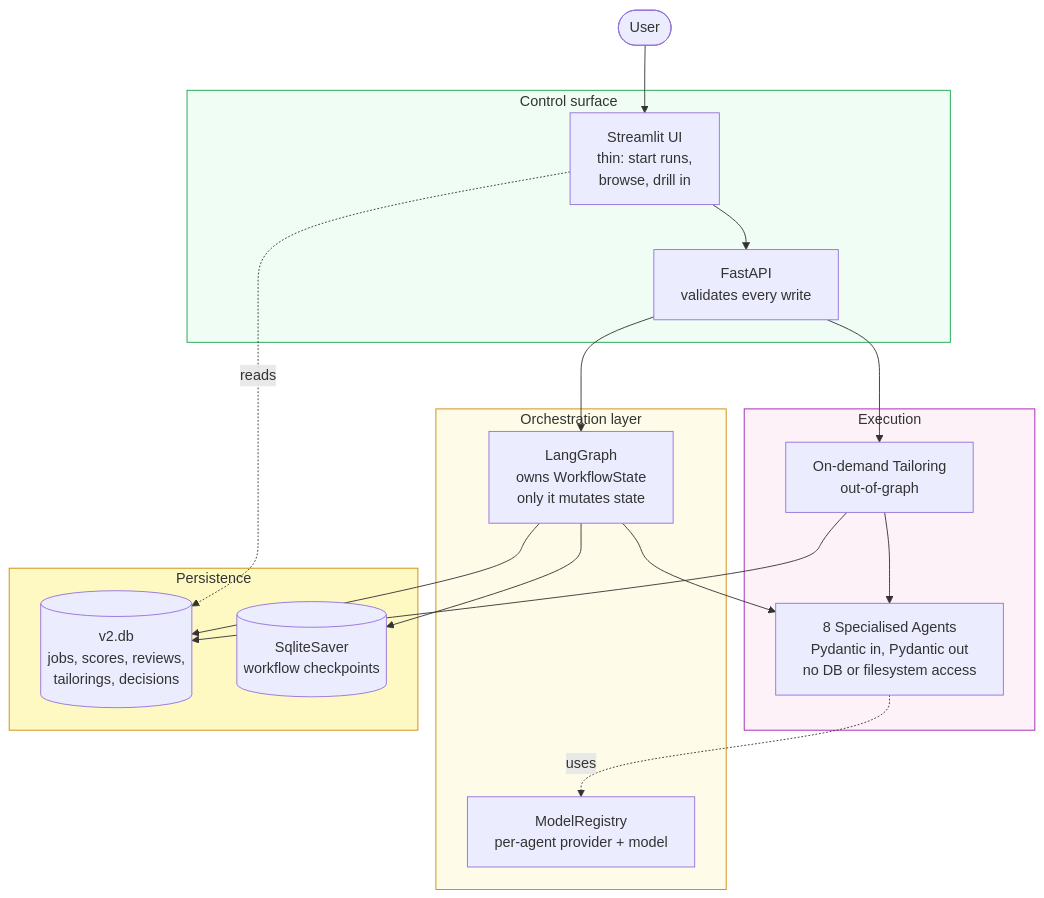
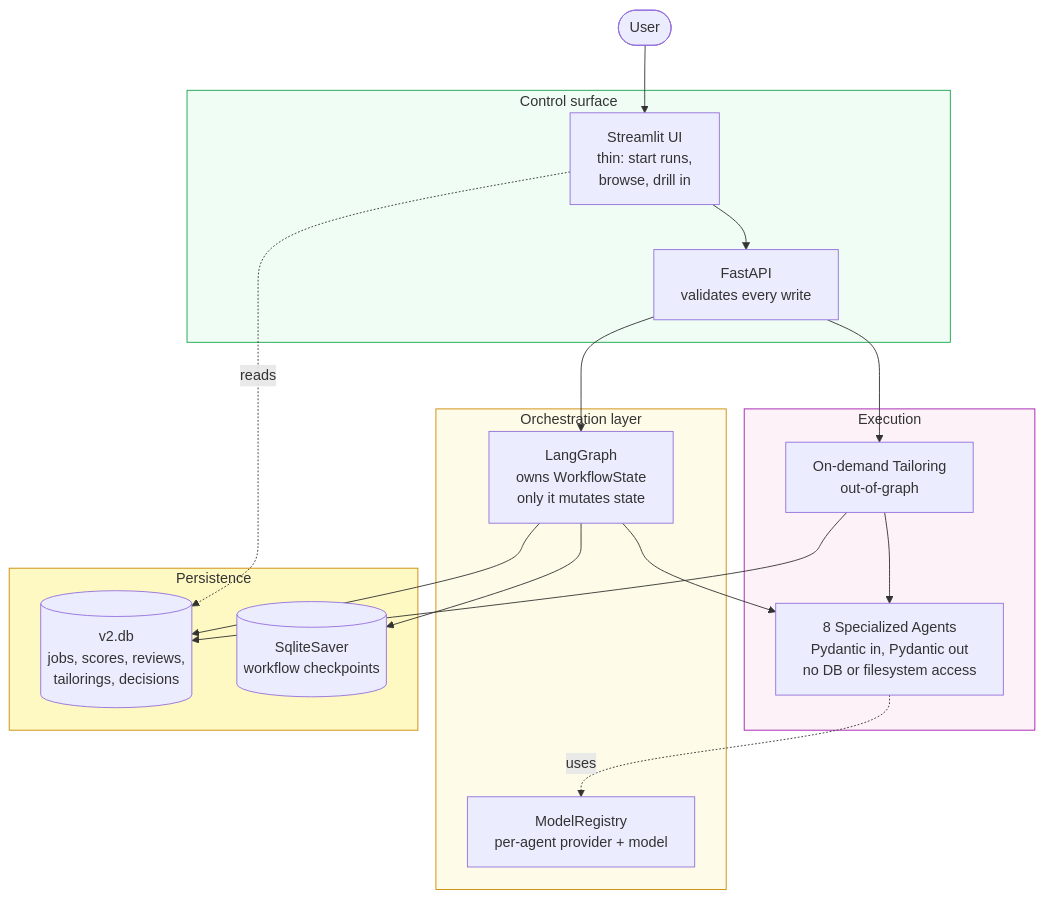
One commit to suthrams/jobsearchagent-v2 changed the second of 3 diagrams in docs/blog_v2_article1.md. Above: the diagram before and after it, drawn with Mermaid. The commit also changed other lines of this file, not shown here.

````diff
--- a/docs/blog_v2_article1.md
+++ b/docs/blog_v2_article1.md
@@ -78,41 +78,41 @@
 ```mermaid
 flowchart TB
     USER([User])
 
     subgraph CTRL ["Control surface"]
         UI["Streamlit UI<br/>thin: start runs,<br/>browse, drill in"]
         API["FastAPI<br/>validates every write"]
     end
 
     subgraph ORCH ["Orchestration layer"]
         GRAPH["LangGraph<br/>owns WorkflowState<br/>only it mutates state"]
         REG["ModelRegistry<br/>per-agent provider + model"]
     end
 
     subgraph EXEC ["Execution"]
-        AGENTS["8 Specialised Agents<br/>Pydantic in, Pydantic out<br/>no DB or filesystem access"]
+        AGENTS["8 Specialized Agents<br/>Pydantic in, Pydantic out<br/>no DB or filesystem access"]
         TAILOR["On-demand Tailoring<br/>out-of-graph"]
     end
 
     subgraph PERSIST ["Persistence"]
         DB[("v2.db<br/>jobs, scores, reviews,<br/>tailorings, decisions")]
         CP[("SqliteSaver<br/>workflow checkpoints")]
     end
 
     USER --> UI
     UI --> API
     UI -.reads.-> DB
     API --> GRAPH
     API --> TAILOR
     GRAPH --> AGENTS
     TAILOR --> AGENTS
     AGENTS -.uses.-> REG
     GRAPH --> CP
     GRAPH --> DB
     TAILOR --> DB
 
     style CTRL fill:#f0fdf4,stroke:#16a34a
     style ORCH fill:#fefce8,stroke:#ca8a04
     style EXEC fill:#fdf2f8,stroke:#a21caf
     style PERSIST fill:#fef9c3,stroke:#ca8a04
 ```
````
